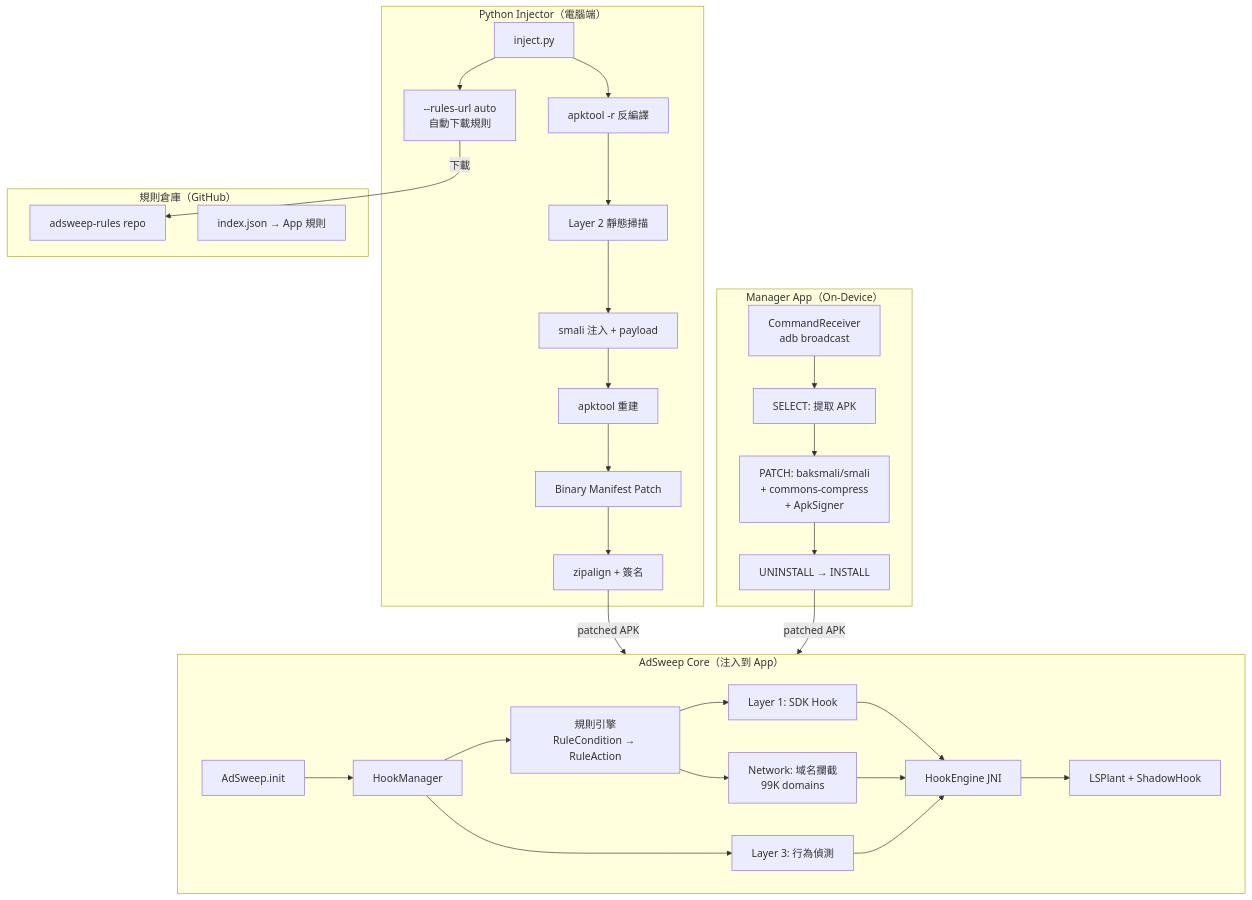
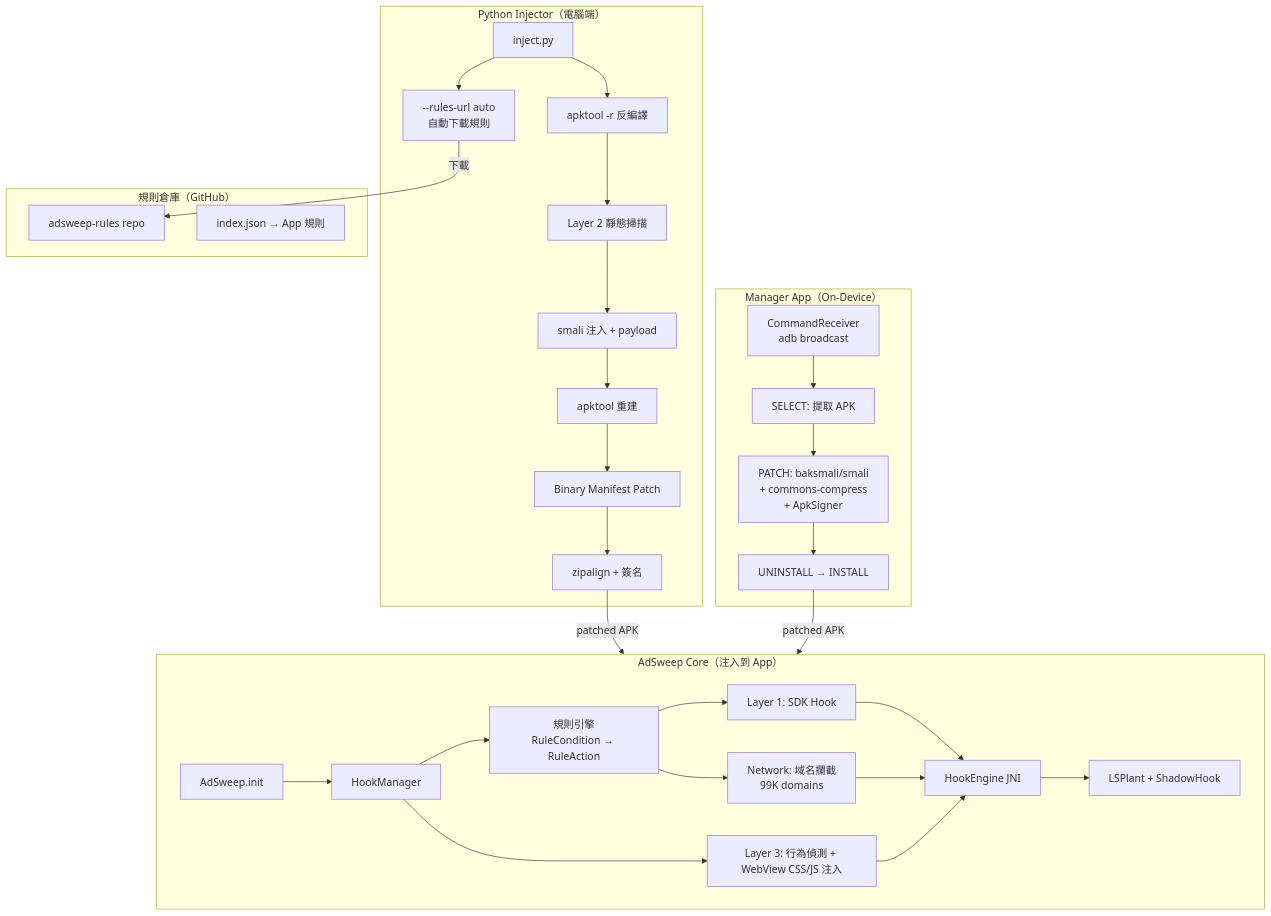
The second of 3 diagrams in README.md (tzyyung/AdSweep), drawn with Mermaid before and after one commit. The commit also changed 11 other files, not shown here.

First line of the commit message:
Add BLOCK_RETURN_STRING action and WebView CSS/JS ad injection

````diff
--- a/README.md
+++ b/README.md
@@ -76,39 +76,39 @@
 ```mermaid
 graph TB
     subgraph Injector["Python Injector（電腦端）"]
         A[inject.py] --> A1["--rules-url auto<br>自動下載規則"]
         A --> B[apktool -r 反編譯]
         B --> C[Layer 2 靜態掃描]
         C --> D[smali 注入 + payload]
         D --> E[apktool 重建]
         E --> F[Binary Manifest Patch]
         F --> G[zipalign + 簽名]
     end
 
     subgraph ManagerApp["Manager App（On-Device）"]
         MA1["CommandReceiver<br>adb broadcast"] --> MA2["SELECT: 提取 APK"]
         MA2 --> MA3["PATCH: baksmali/smali<br>+ commons-compress<br>+ ApkSigner"]
         MA3 --> MA4["UNINSTALL → INSTALL"]
     end
 
     subgraph Core["AdSweep Core（注入到 App）"]
         H[AdSweep.init] --> I[HookManager]
         I --> I1["規則引擎<br>RuleCondition → RuleAction"]
         I1 --> J[Layer 1: SDK Hook]
         I1 --> J2["Network: 域名攔截<br>99K domains"]
-        I --> K[Layer 3: 行為偵測]
+        I --> K["Layer 3: 行為偵測 + WebView CSS/JS 注入"]
         J --> L[HookEngine JNI]
         J2 --> L
         K --> L
         L --> M[LSPlant + ShadowHook]
     end
 
     subgraph Rules["規則倉庫（GitHub）"]
         R1[adsweep-rules repo]
         R2[index.json → App 規則]
     end
 
     A1 -->|下載| R1
     G -->|patched APK| Core
     MA4 -->|patched APK| Core
 ```
````
